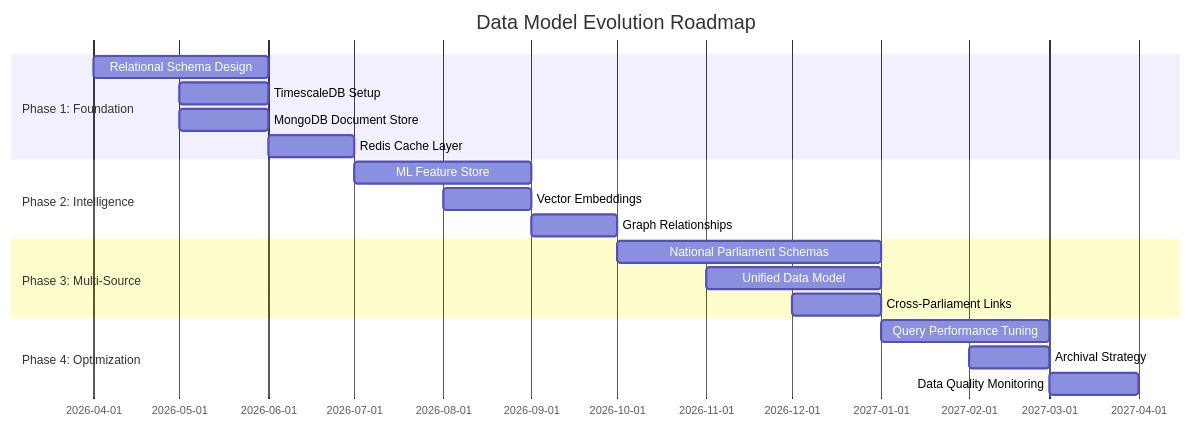
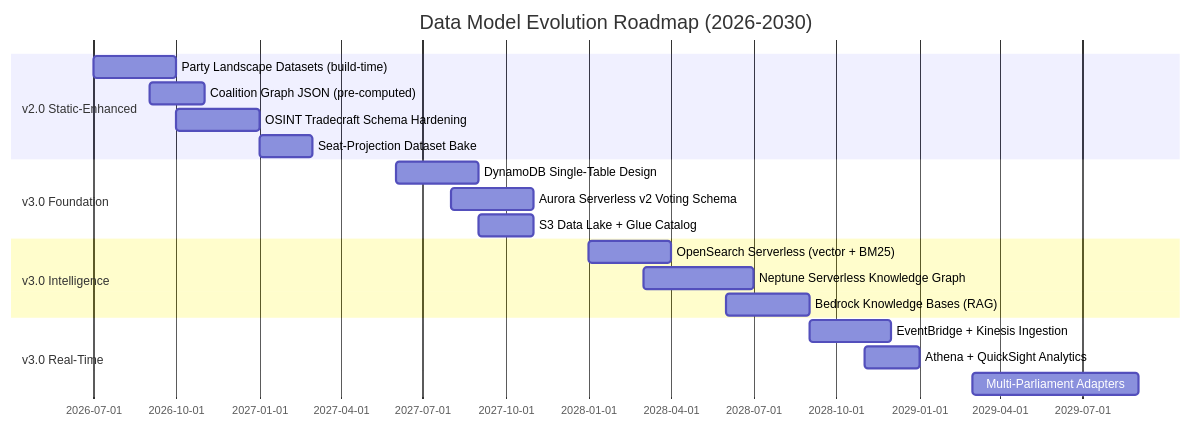
Before and after one commit to Hack23/euparliamentmonitor: the first of 9 diagrams in FUTURE_DATA_MODEL.md, drawn with Mermaid. The commit also changed other lines of this file and 5 other files, not shown here.

Commit message:
docs: rewrite FUTURE architecture portfolio for v2.0/v3.0 all-in-AWS vision

````diff
--- a/FUTURE_DATA_MODEL.md
+++ b/FUTURE_DATA_MODEL.md
@@ -117,26 +147,26 @@
 ```mermaid
 gantt
-    title Data Model Evolution Roadmap
+    title Data Model Evolution Roadmap (2026-2030)
     dateFormat YYYY-MM
 
-    section Phase 1: Foundation
-    Relational Schema Design           :p1a, 2026-04, 2M
-    TimescaleDB Setup                  :p1b, 2026-05, 1M
-    MongoDB Document Store             :p1c, 2026-05, 1M
-    Redis Cache Layer                  :p1d, 2026-06, 1M
+    section v2.0 Static-Enhanced
+    Party Landscape Datasets (build-time)   :v2a, 2026-07, 3M
+    Coalition Graph JSON (pre-computed)     :v2b, 2026-09, 2M
+    OSINT Tradecraft Schema Hardening       :v2c, 2026-10, 3M
+    Seat-Projection Dataset Bake            :v2d, 2027-01, 2M
 
-    section Phase 2: Intelligence
-    ML Feature Store                   :p2a, 2026-07, 2M
-    Vector Embeddings                  :p2b, 2026-08, 1M
-    Graph Relationships                :p2c, 2026-09, 1M
+    section v3.0 Foundation
+    DynamoDB Single-Table Design            :v3a, 2027-06, 3M
+    Aurora Serverless v2 Voting Schema      :v3b, 2027-08, 3M
+    S3 Data Lake + Glue Catalog             :v3c, 2027-09, 2M
 
-    section Phase 3: Multi-Source
-    National Parliament Schemas        :p3a, 2026-10, 3M
-    Unified Data Model                 :p3b, 2026-11, 2M
-    Cross-Parliament Links             :p3c, 2026-12, 1M
+    section v3.0 Intelligence
+    OpenSearch Serverless (vector + BM25)   :v3d, 2028-01, 3M
+    Neptune Serverless Knowledge Graph      :v3e, 2028-03, 4M
+    Bedrock Knowledge Bases (RAG)           :v3f, 2028-06, 3M
 
-    section Phase 4: Optimization
-    Query Performance Tuning           :p4a, 2027-01, 2M
-    Archival Strategy                  :p4b, 2027-02, 1M
-    Data Quality Monitoring            :p4c, 2027-03, 1M
+    section v3.0 Real-Time
+    EventBridge + Kinesis Ingestion         :v3g, 2028-09, 3M
+    Athena + QuickSight Analytics           :v3h, 2028-11, 2M
+    Multi-Parliament Adapters               :v3i, 2029-03, 6M
 ```
````
